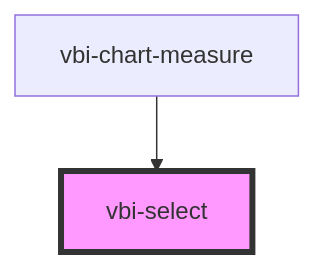
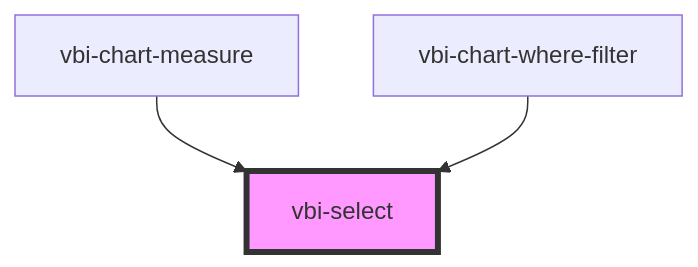
Before and after one commit to Ditto190/VBI-modme: the diagram in packages/vbi-component/src/components/ui/vbi-select/readme.md, drawn with Mermaid. The commit also changed other lines of this file and 21 other files, not shown here.

Commit message:
refactor(vbi-component): move filter root operator logic to shelf panel

````diff
--- a/packages/vbi-component/src/components/ui/vbi-select/readme.md
+++ b/packages/vbi-component/src/components/ui/vbi-select/readme.md
@@ -34,5 +35,6 @@
 ```mermaid
 graph TD;
   vbi-chart-measure --> vbi-select
+  vbi-chart-where-filter --> vbi-select
   style vbi-select fill:#f9f,stroke:#333,stroke-width:4px
 ```
````
